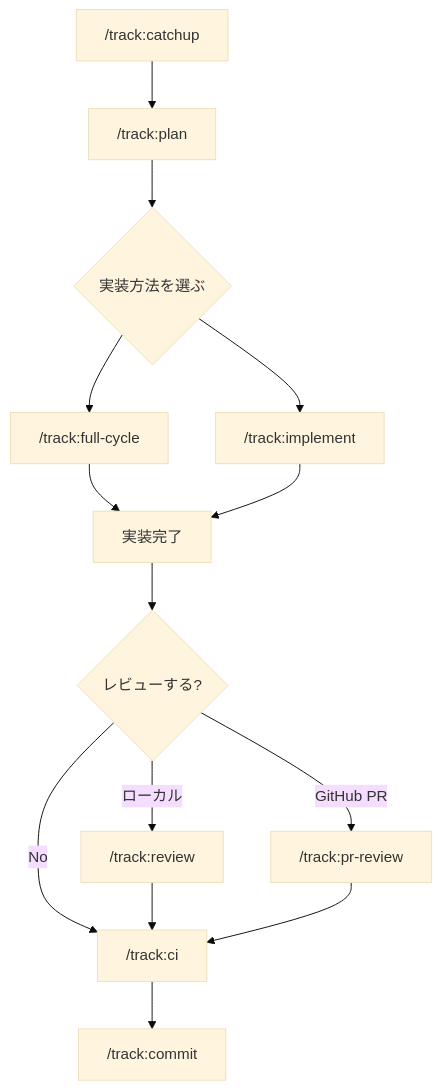
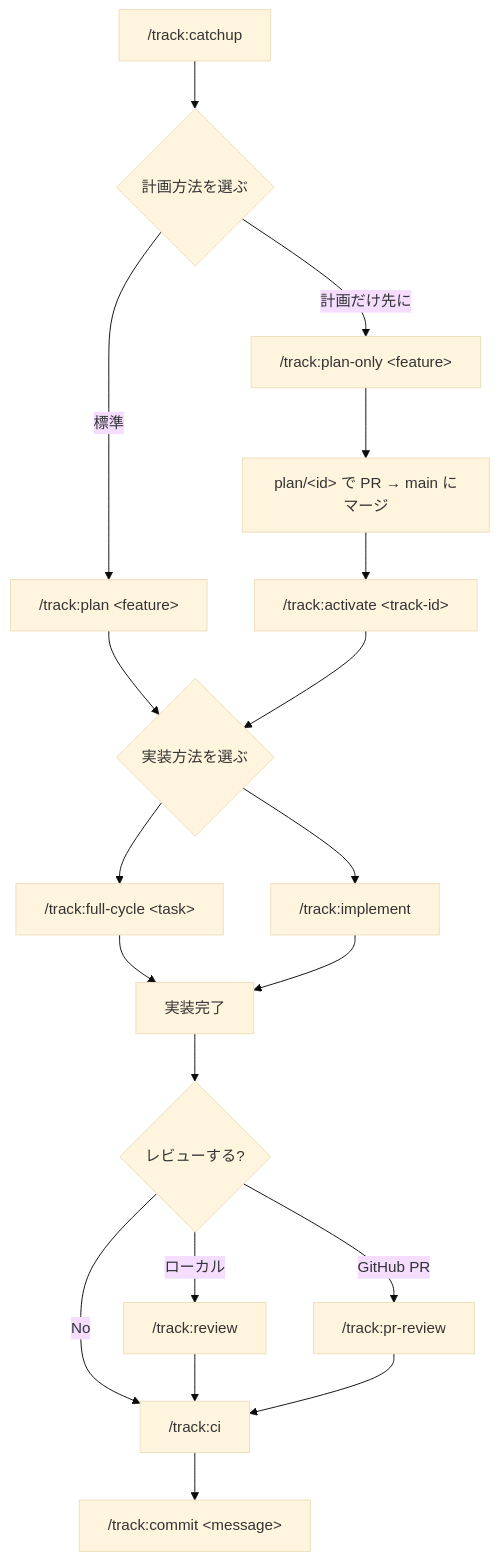
One commit to Flip451/SoTOHE-core changed the diagram in DEVELOPER_AI_WORKFLOW.md. Above: the diagram before and after it, drawn with Mermaid (base theme). The commit also changed other lines of this file and 62 other files, not shown here.

First line of the commit message:
track: track-plan-activation-2026-03-14 (#11)

````diff
--- a/DEVELOPER_AI_WORKFLOW.md
+++ b/DEVELOPER_AI_WORKFLOW.md
@@ -53,16 +53,21 @@
 ```mermaid
 flowchart TD
-    A["/track:catchup"] --> B["/track:plan <feature>"]
-    B --> D{実装方法を選ぶ}
-    D --> E["/track:full-cycle <task>"]
+    A["/track:catchup"] --> B{計画方法を選ぶ}
+    B -->|"標準"| P1["/track:plan &lt;feature&gt;"]
+    B -->|"計画だけ先に"| P2["/track:plan-only &lt;feature&gt;"]
+    P1 --> D{実装方法を選ぶ}
+    P2 --> PM["plan/&lt;id&gt; で PR → main にマージ"]
+    PM --> ACT["/track:activate &lt;track-id&gt;"]
+    ACT --> D
+    D --> E["/track:full-cycle &lt;task&gt;"]
     D --> F["/track:implement"]
     E --> G["実装完了"]
     F --> G
     G --> H{"レビューする?"}
     H -->|"ローカル"| I["/track:review"]
     H -->|"GitHub PR"| I2["/track:pr-review"]
     H -->|No| J["/track:ci"]
     I --> J
     I2 --> J
-    J --> K["/track:commit <message>"]
+    J --> K["/track:commit &lt;message&gt;"]
 ```
````
